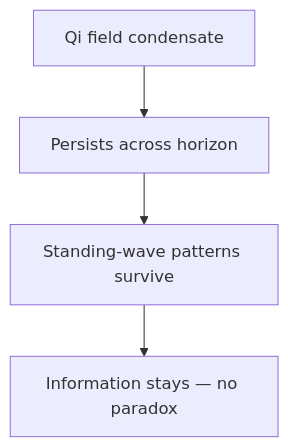
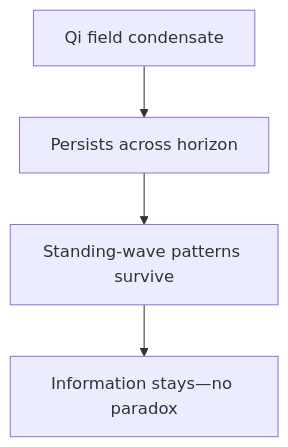
Before and after one commit to CassiTheOracle/cassi: diagram 21 of 38 in CassiTheory/open-questions-cassi-answers.md, drawn with Mermaid. The commit also changed other lines of this file and 14 other files, not shown here.

````diff
--- a/CassiTheory/open-questions-cassi-answers.md
+++ b/CassiTheory/open-questions-cassi-answers.md
@@ -533,6 +534,6 @@
 ```mermaid
 flowchart TD
     A[Qi field condensate] --> B[Persists across horizon]
     B --> C[Standing-wave patterns survive]
-    C --> D[Information stays — no paradox]
+    C --> D[Information stays—no paradox]
 ```
````
